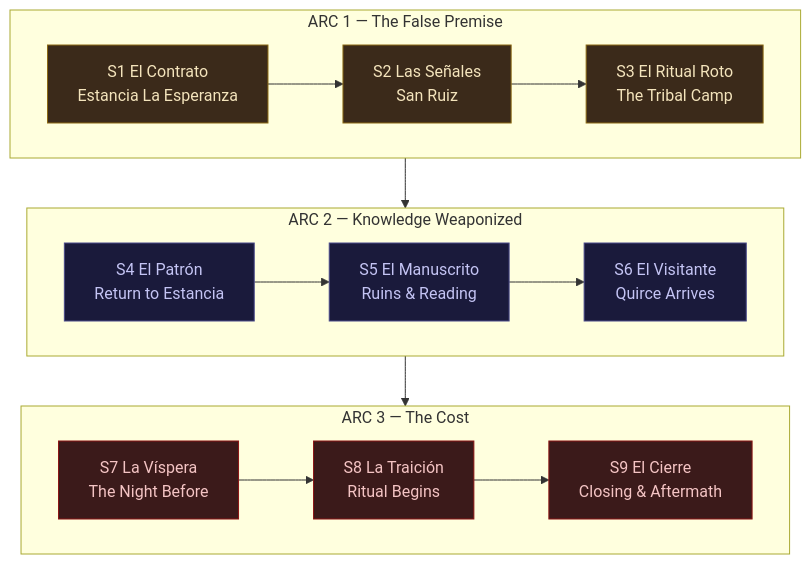
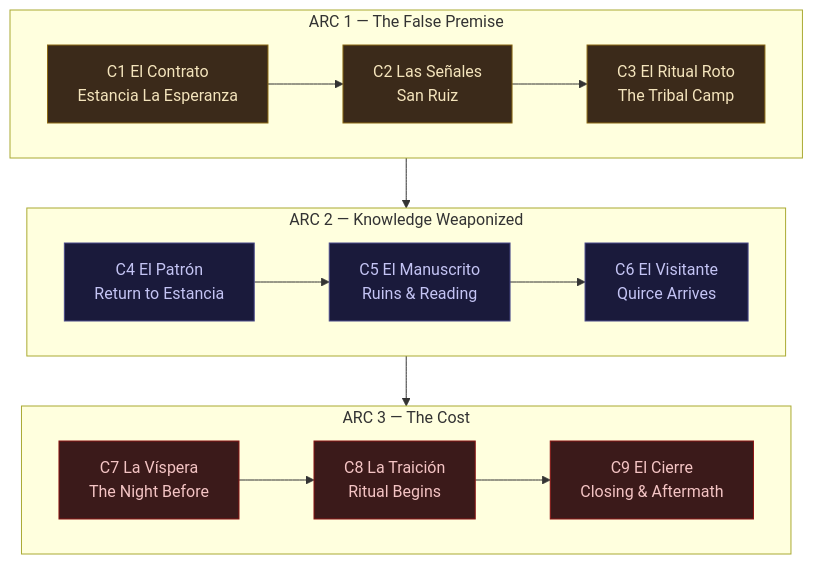
The first of 14 diagrams in REF-FlowMap.md (lucas-tortora/gauchulu), drawn with Mermaid before and after one commit. The commit also changed other lines of this file and 39 other files, not shown here.

````diff
--- a/REF-FlowMap.md
+++ b/REF-FlowMap.md
@@ -28,35 +28,35 @@
 ```mermaid
 flowchart TB
     subgraph ARC1["ARC 1 — The False Premise"]
         direction LR
-        S1["S1 El Contrato<br/>Estancia La Esperanza"]
-        S2["S2 Las Señales<br/>San Ruiz"]
-        S3["S3 El Ritual Roto<br/>The Tribal Camp"]
-        S1 --> S2 --> S3
+        C1["C1 El Contrato<br/>Estancia La Esperanza"]
+        C2["C2 Las Señales<br/>San Ruiz"]
+        C3["C3 El Ritual Roto<br/>The Tribal Camp"]
+        C1 --> C2 --> C3
     end
 
     subgraph ARC2["ARC 2 — Knowledge Weaponized"]
         direction LR
-        S4["S4 El Patrón<br/>Return to Estancia"]
-        S5["S5 El Manuscrito<br/>Ruins & Reading"]
-        S6["S6 El Visitante<br/>Quirce Arrives"]
-        S4 --> S5 --> S6
+        C4["C4 El Patrón<br/>Return to Estancia"]
+        C5["C5 El Manuscrito<br/>Ruins & Reading"]
+        C6["C6 El Visitante<br/>Quirce Arrives"]
+        C4 --> C5 --> C6
     end
 
     subgraph ARC3["ARC 3 — The Cost"]
         direction LR
-        S7["S7 La Víspera<br/>The Night Before"]
-        S8["S8 La Traición<br/>Ritual Begins"]
-        S9["S9 El Cierre<br/>Closing & Aftermath"]
-        S7 --> S8 --> S9
+        C7["C7 La Víspera<br/>The Night Before"]
+        C8["C8 La Traición<br/>Ritual Begins"]
+        C9["C9 El Cierre<br/>Closing & Aftermath"]
+        C7 --> C8 --> C9
     end
 
     ARC1 --> ARC2 --> ARC3
 
     classDef arc1 fill:#3b2a1a,stroke:#8b6914,color:#f4e4bc
     classDef arc2 fill:#1a1a3b,stroke:#4a4a8b,color:#c4c4f4
     classDef arc3 fill:#3b1a1a,stroke:#8b1414,color:#f4c4c4
-    class S1,S2,S3 arc1
-    class S4,S5,S6 arc2
-    class S7,S8,S9 arc3
+    class C1,C2,C3 arc1
+    class C4,C5,C6 arc2
+    class C7,C8,C9 arc3
 ```
````
